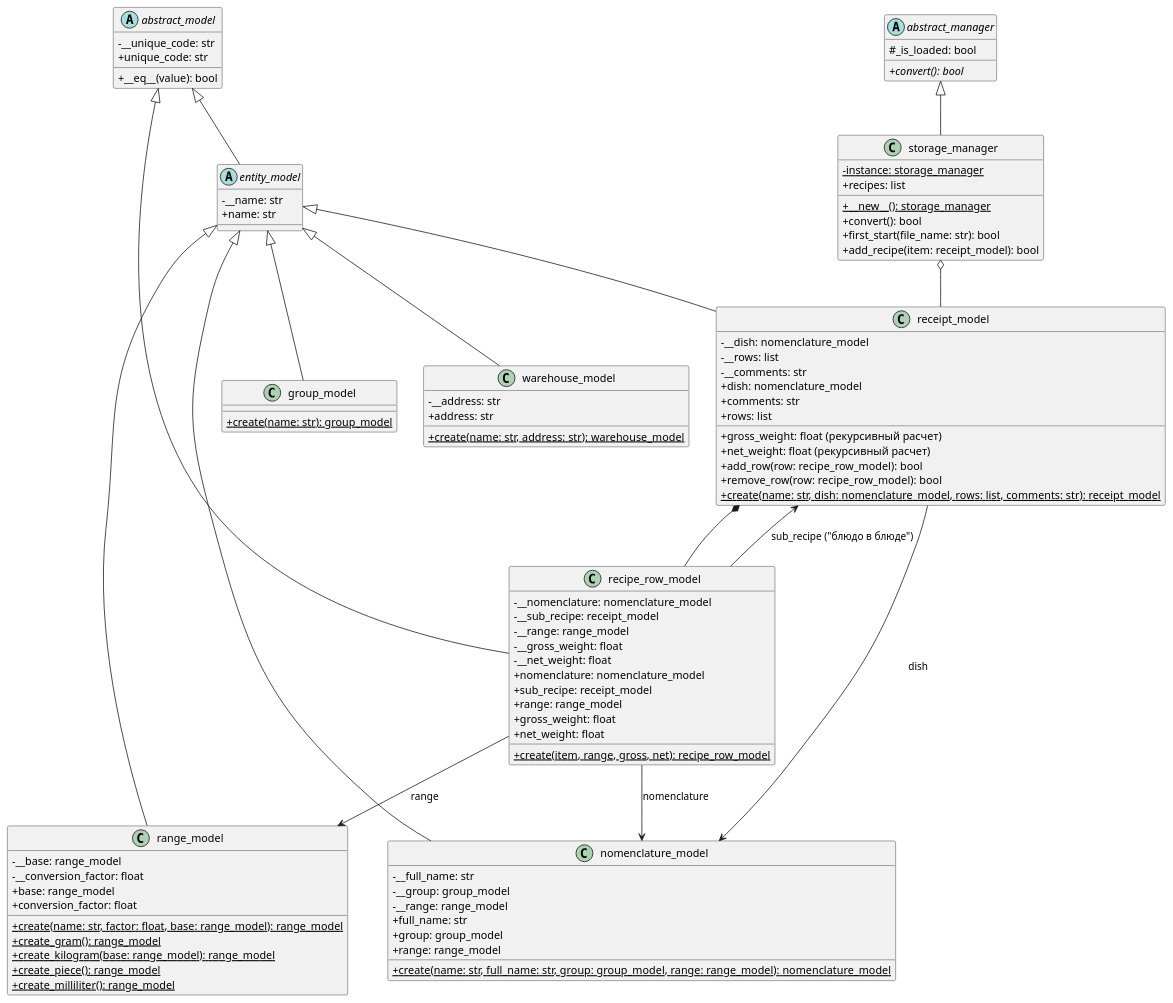
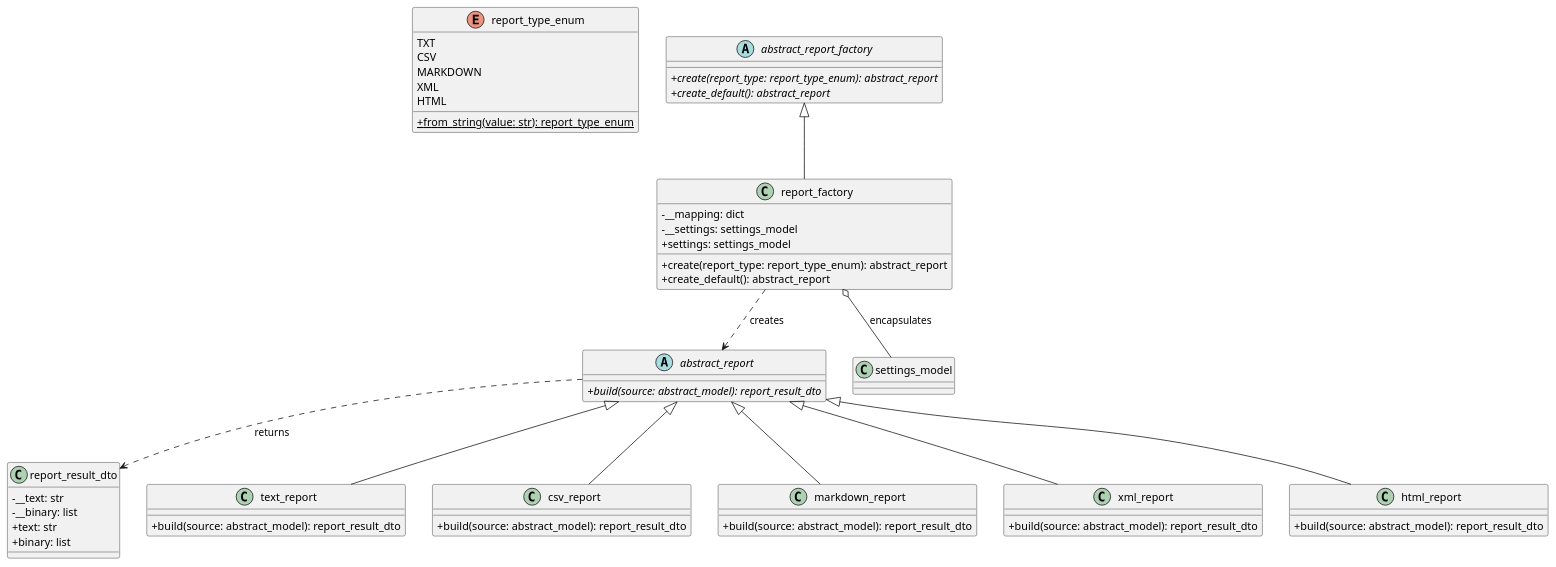
The second of 4 diagrams in _docs/UML_diagrams.md (Hikaru-Hrn/Patterns2026_YM), drawn with PlantUML before and after one commit. The commit also changed other lines of this file, not shown here.

Commit message:
update UML

````diff
--- a/_docs/UML_diagrams.md
+++ b/_docs/UML_diagrams.md
@@ -171,106 +259,68 @@
 @startuml
 skinparam classAttributeIconSize 0
 
-abstract class abstract_model {
-    - __unique_code: str
-    + unique_code: str
-    + __eq__(value): bool
+enum report_type_enum {
+    TXT
+    CSV
+    MARKDOWN
+    XML
+    HTML
+    + {static} from_string(value: str): report_type_enum
 }
 
-abstract class entity_model {
-    - __name: str
-    + name: str
+class report_result_dto {
+    - __text: str
+    - __binary: list
+    + text: str
+    + binary: list
 }
 
-class group_model {
-    + {static} create(name: str): group_model
+abstract class abstract_report {
+    + {abstract} build(source: abstract_model): report_result_dto
 }
 
-class range_model {
-    - __base: range_model
-    - __conversion_factor: float
-    + base: range_model
-    + conversion_factor: float
-    + {static} create(name: str, factor: float, base: range_model): range_model
-    + {static} create_gram(): range_model
-    + {static} create_kilogram(base: range_model): range_model
-    + {static} create_piece(): range_model
-    + {static} create_milliliter(): range_model
+class text_report {
+    + build(source: abstract_model): report_result_dto
 }
 
-class warehouse_model {
-    - __address: str
-    + address: str
-    + {static} create(name: str, address: str): warehouse_model
+class csv_report {
+    + build(source: abstract_model): report_result_dto
 }
 
-class nomenclature_model {
-    - __full_name: str
-    - __group: group_model
-    - __range: range_model
-    + full_name: str
-    + group: group_model
-    + range: range_model
-    + {static} create(name: str, full_name: str, group: group_model, range: range_model): nomenclature_model
+class markdown_report {
+    + build(source: abstract_model): report_result_dto
 }
 
-class recipe_row_model {
-    - __nomenclature: nomenclature_model
-    - __sub_recipe: receipt_model
-    - __range: range_model
-    - __gross_weight: float
-    - __net_weight: float
-    + nomenclature: nomenclature_model
-    + sub_recipe: receipt_model
-    + range: range_model
-    + gross_weight: float
-    + net_weight: float
-    + {static} create(item, range, gross, net): recipe_row_model
+class xml_report {
+    + build(source: abstract_model): report_result_dto
 }
 
-class receipt_model {
-    - __dish: nomenclature_model
-    - __rows: list
-    - __comments: str
-    + dish: nomenclature_model
-    + comments: str
-    + rows: list
-    + gross_weight: float (рекурсивный расчет)
-    + net_weight: float (рекурсивный расчет)
-    + add_row(row: recipe_row_model): bool
-    + remove_row(row: recipe_row_model): bool
-    + {static} create(name: str, dish: nomenclature_model, rows: list, comments: str): receipt_model
+class html_report {
+    + build(source: abstract_model): report_result_dto
 }
 
-abstract class abstract_manager {
-    # _is_loaded: bool
-    + {abstract} convert(): bool
+abstract class abstract_report_factory {
+    + {abstract} create(report_type: report_type_enum): abstract_report
+    + {abstract} create_default(): abstract_report
 }
 
-class storage_manager {
-    - {static} instance: storage_manager
-    + {static} __new__(): storage_manager
-    + convert(): bool
-    + first_start(file_name: str): bool
-    + add_recipe(item: receipt_model): bool
-    + recipes: list
+class report_factory {
+    - __mapping: dict
+    - __settings: settings_model
+    + create(report_type: report_type_enum): abstract_report
+    + create_default(): abstract_report
+    + settings: settings_model
 }
 
-abstract_model <|-- entity_model
-abstract_model <|-- recipe_row_model
-entity_model <|-- warehouse_model
-entity_model <|-- range_model
-entity_model <|-- group_model
-entity_model <|-- nomenclature_model
-entity_model <|-- receipt_model
+abstract_report <|-- text_report
+abstract_report <|-- csv_report
+abstract_report <|-- markdown_report
+abstract_report <|-- xml_report
+abstract_report <|-- html_report
 
-abstract_manager <|-- storage_manager
-
-receipt_model *-- recipe_row_model
-receipt_model --> nomenclature_model : dish
-recipe_row_model --> nomenclature_model : nomenclature
-recipe_row_model --> receipt_model : sub_recipe ("блюдо в блюде")
-recipe_row_model --> range_model : range
-storage_manager o-- receipt_model
+abstract_report_factory <|-- report_factory
+report_factory ..> abstract_report : creates
+report_factory o-- settings_model : encapsulates
+abstract_report ..> report_result_dto : returns
 @enduml
 ```
````
